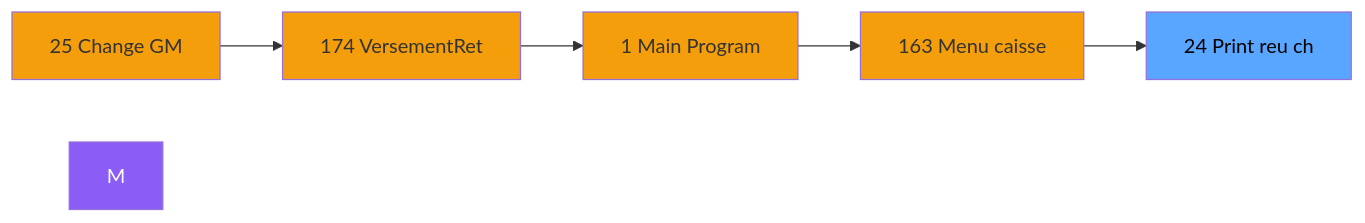
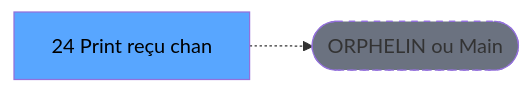
One commit to thonyAGP/lecteur-magic changed the second of 3 diagrams in .openspec/specs/ADH-IDE-24.md. Above: the diagram before and after it, drawn with Mermaid. The commit also changed other lines of this file and 701 other files, not shown here.

````diff
--- a/.openspec/specs/ADH-IDE-24.md
+++ b/.openspec/specs/ADH-IDE-24.md
@@ -129,18 +121,8 @@
 ```mermaid
 graph LR
-    N25[25 Change GM]
-    N174[174 VersementRet]
-    N1[1 Main Program]
-    N163[163 Menu caisse ]
-    T[24 Print reu ch]
-    N25 --> N174
-    N174 --> N1
-    N1 --> N163
-    N163 --> T
-    style M fill:#8b5cf6,color:#fff
-    style N25 fill:#f59e0b
-    style N174 fill:#f59e0b
-    style N1 fill:#f59e0b
-    style N163 fill:#f59e0b
+    T[24 Print reçu chan]
+    ORPHAN([ORPHELIN ou Main])
+    T -.-> ORPHAN
     style T fill:#58a6ff,color:#000
+    style ORPHAN fill:#6b7280,stroke-dasharray: 5 5
 ```
````
